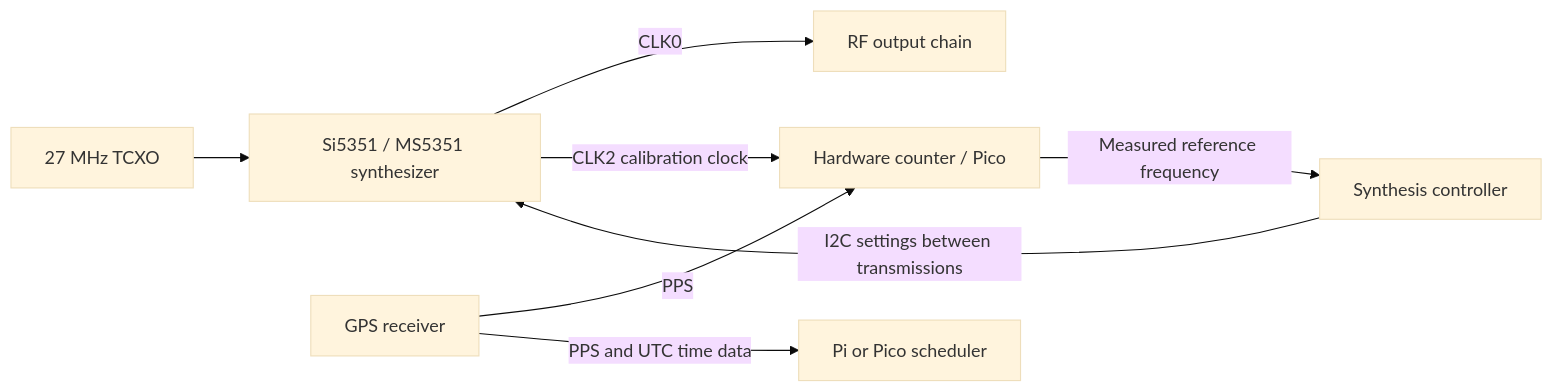
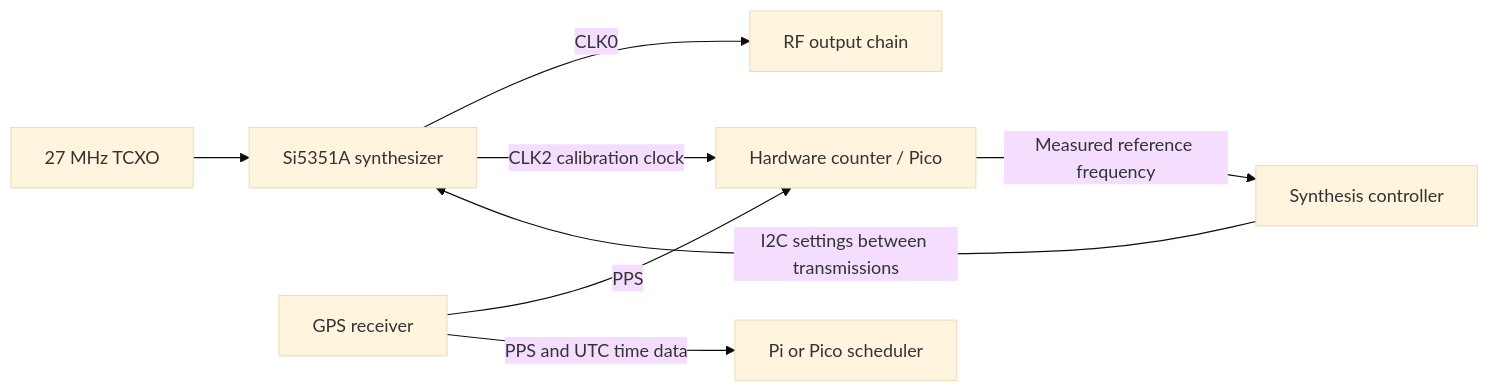
The diagram in Wsprry-Pi-Synth-Univ/GPS-FREQUENCY-CALIBRATION.md (WsprryPi/WsprryPi-PCB-Designs), drawn with Mermaid (base theme) before and after one commit. The commit also changed other lines of this file, not shown here.

````diff
--- a/Wsprry-Pi-Synth-Univ/GPS-FREQUENCY-CALIBRATION.md
+++ b/Wsprry-Pi-Synth-Univ/GPS-FREQUENCY-CALIBRATION.md
@@ -62,10 +67,10 @@
 ```mermaid
 flowchart LR
-    TCXO[27 MHz TCXO] --> SYN[Si5351 / MS5351 synthesizer]
+    TCXO[27 MHz TCXO] --> SYN[Si5351A synthesizer]
     SYN -->|CLK0| RF[RF output chain]
     SYN -->|CLK2 calibration clock| COUNT[Hardware counter / Pico]
     GPS[GPS receiver] -->|PPS| COUNT
     GPS -->|PPS and UTC time data| HOST[Pi or Pico scheduler]
     COUNT -->|Measured reference frequency| CTRL[Synthesis controller]
     CTRL -->|I2C settings between transmissions| SYN
 ```
````
